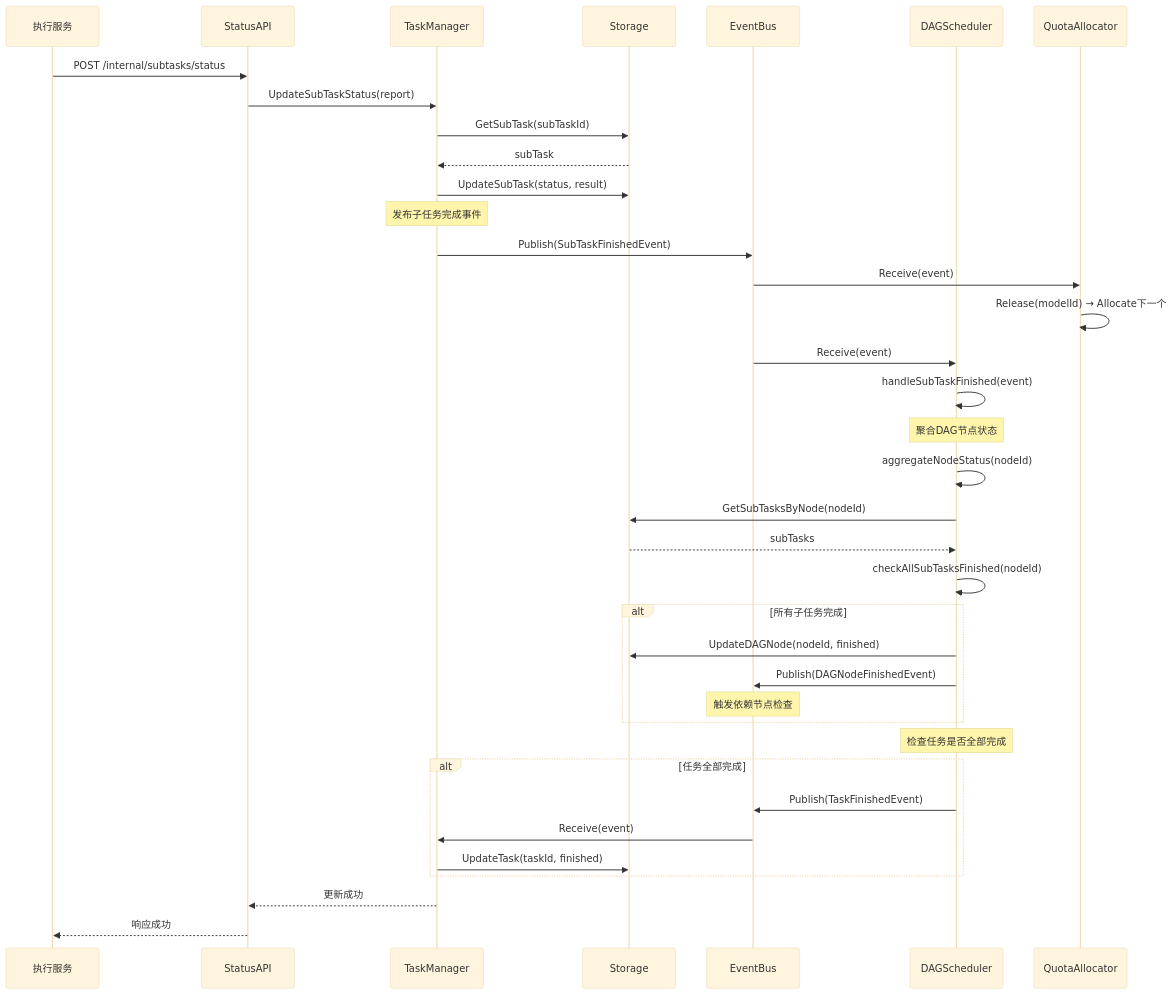
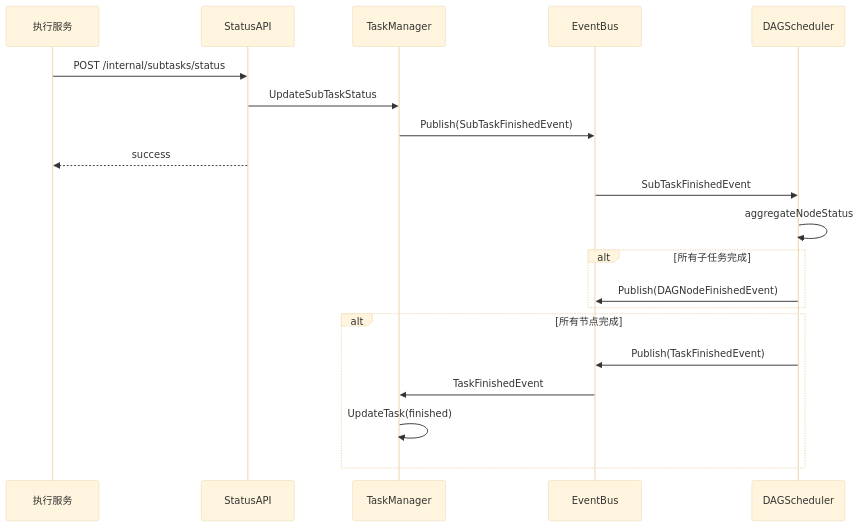
One commit to njuxumq/agent-eval-server changed the seventh of 8 diagrams in docs/designs/模块设计文档.md. Above: the diagram before and after it, drawn with Mermaid (base theme). The commit also changed other lines of this file and 15 other files, not shown here.

````diff
--- a/docs/designs/模块设计文档.md
+++ b/docs/designs/模块设计文档.md
@@ -1077,48 +476,25 @@
 ```mermaid
 sequenceDiagram
     participant Executor as 执行服务
     participant API as StatusAPI
     participant TM as TaskManager
-    participant Storage as Storage
     participant EB as EventBus
-    participant DS as DAGScheduler
-    participant QA as QuotaAllocator
+    participant Scheduler as DAGScheduler
 
     Executor->>API: POST /internal/subtasks/status
-    API->>TM: UpdateSubTaskStatus(report)
-    TM->>Storage: GetSubTask(subTaskId)
-    Storage-->>TM: subTask
-    TM->>Storage: UpdateSubTask(status, result)
+    API->>TM: UpdateSubTaskStatus
+    TM->>EB: Publish(SubTaskFinishedEvent)
+    API-->>Executor: success
 
-    Note over TM: 发布子任务完成事件
-
-    TM->>EB: Publish(SubTaskFinishedEvent)
-    EB->>QA: Receive(event)
-    QA->>QA: Release(modelId) → Allocate下一个
-    EB->>DS: Receive(event)
-    DS->>DS: handleSubTaskFinished(event)
-
-    Note over DS: 聚合DAG节点状态
-
-    DS->>DS: aggregateNodeStatus(nodeId)
-    DS->>Storage: GetSubTasksByNode(nodeId)
-    Storage-->>DS: subTasks
-    DS->>DS: checkAllSubTasksFinished(nodeId)
-
+    EB->>Scheduler: SubTaskFinishedEvent
+    Scheduler->>Scheduler: aggregateNodeStatus
     alt 所有子任务完成
-        DS->>Storage: UpdateDAGNode(nodeId, finished)
-        DS->>EB: Publish(DAGNodeFinishedEvent)
-        Note over EB: 触发依赖节点检查
+        Scheduler->>EB: Publish(DAGNodeFinishedEvent)
     end
 
-    Note over DS: 检查任务是否全部完成
-
-    alt 任务全部完成
-        DS->>EB: Publish(TaskFinishedEvent)
-        EB->>TM: Receive(event)
-        TM->>Storage: UpdateTask(taskId, finished)
+    alt 所有节点完成
+        Scheduler->>EB: Publish(TaskFinishedEvent)
+        EB->>TM: TaskFinishedEvent
+        TM->>TM: UpdateTask(finished)
     end
-
-    TM-->>API: 更新成功
-    API-->>Executor: 响应成功
 ```
````
